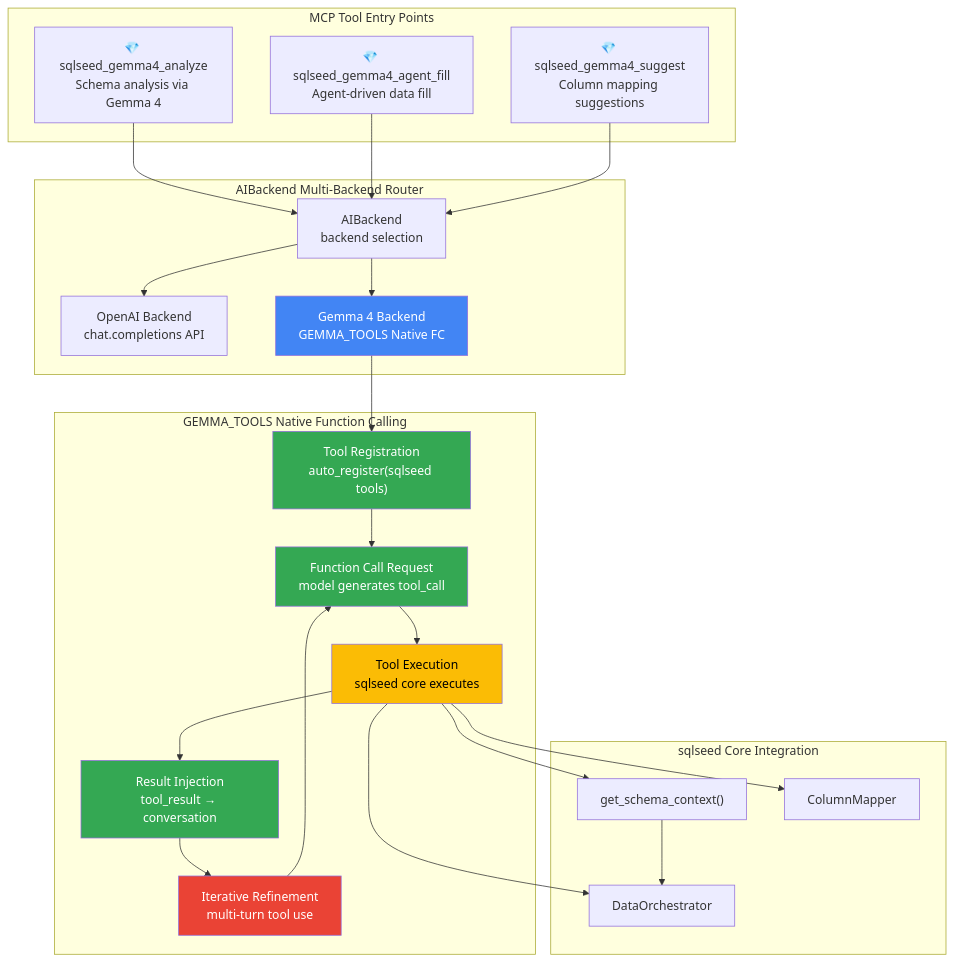
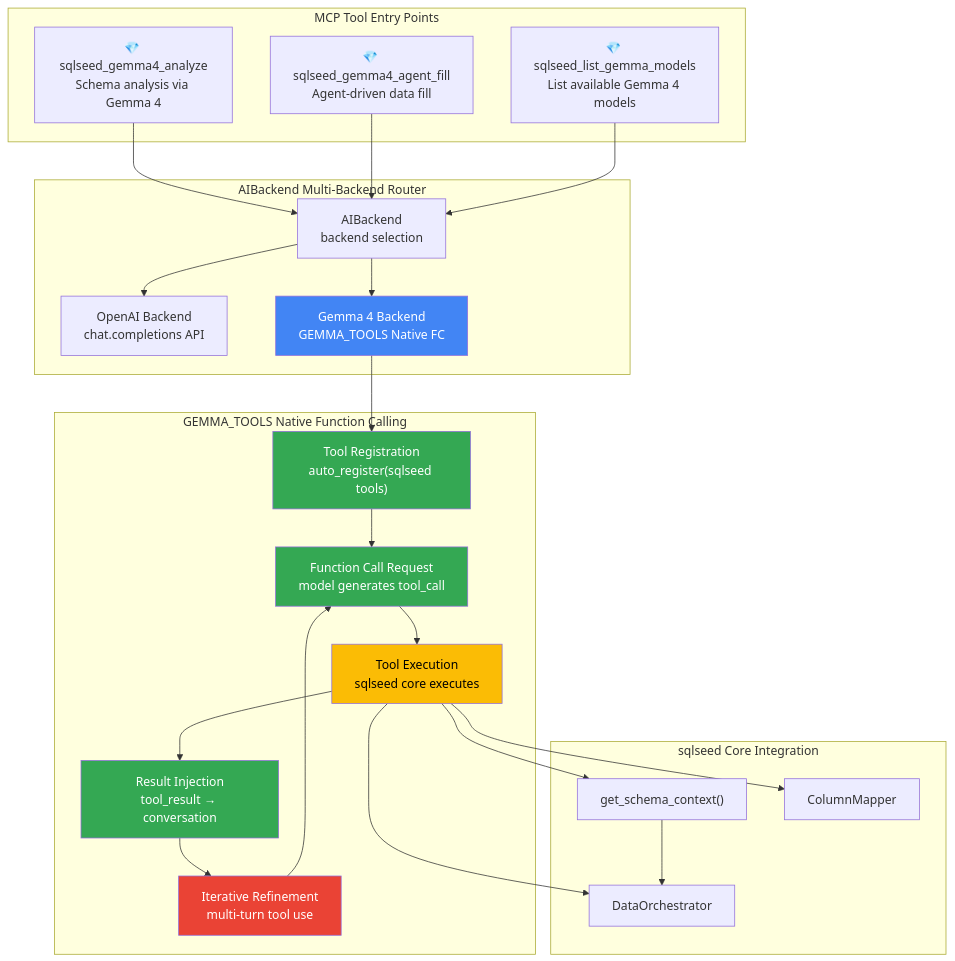
Before and after one commit to sunbos/sqlseed: diagram 11 of 11 in docs/architecture.md, drawn with Mermaid. The commit also changed other lines of this file and 6 other files, not shown here.

````diff
--- a/docs/architecture.md
+++ b/docs/architecture.md
@@ -675,55 +676,55 @@
 ```mermaid
 flowchart TB
     subgraph MCPEntry["MCP Tool Entry Points"]
         G4Analyze["💎 sqlseed_gemma4_analyze<br/>Schema analysis via Gemma 4"]
         G4AgentFill["💎 sqlseed_gemma4_agent_fill<br/>Agent-driven data fill"]
-        G4Suggest["💎 sqlseed_gemma4_suggest<br/>Column mapping suggestions"]
+        G4List["💎 sqlseed_list_gemma_models<br/>List available Gemma 4 models"]
     end
 
     subgraph Backend["AIBackend Multi-Backend Router"]
         Router["AIBackend<br/>backend selection"]
         OpenAIBe["OpenAI Backend<br/>chat.completions API"]
         GemmaBe["Gemma 4 Backend<br/>GEMMA_TOOLS Native FC"]
     end
 
     subgraph GemmaFC["GEMMA_TOOLS Native Function Calling"]
         ToolReg["Tool Registration<br/>auto_register(sqlseed tools)"]
         FCRequest["Function Call Request<br/>model generates tool_call"]
         FCExec["Tool Execution<br/>sqlseed core executes"]
         FCResult["Result Injection<br/>tool_result → conversation"]
         FCIterate["Iterative Refinement<br/>multi-turn tool use"]
     end
 
     subgraph Core["sqlseed Core Integration"]
         SchemaCtx["get_schema_context()"]
         Orchestrator["DataOrchestrator"]
         Mapper["ColumnMapper"]
     end
 
     G4Analyze --> Router
     G4AgentFill --> Router
-    G4Suggest --> Router
+    G4List --> Router
 
     Router --> OpenAIBe
     Router --> GemmaBe
 
     GemmaBe --> ToolReg
     ToolReg --> FCRequest
     FCRequest --> FCExec
     FCExec --> FCResult
     FCResult --> FCIterate
     FCIterate --> FCRequest
 
     FCExec --> SchemaCtx
     FCExec --> Orchestrator
     FCExec --> Mapper
 
     SchemaCtx --> Orchestrator
 
     style GemmaBe fill:#4285F4,color:#fff
     style ToolReg fill:#34A853,color:#fff
     style FCRequest fill:#34A853,color:#fff
     style FCExec fill:#FBBC05,color:#000
     style FCResult fill:#34A853,color:#fff
     style FCIterate fill:#EA4335,color:#fff
 ```
````
